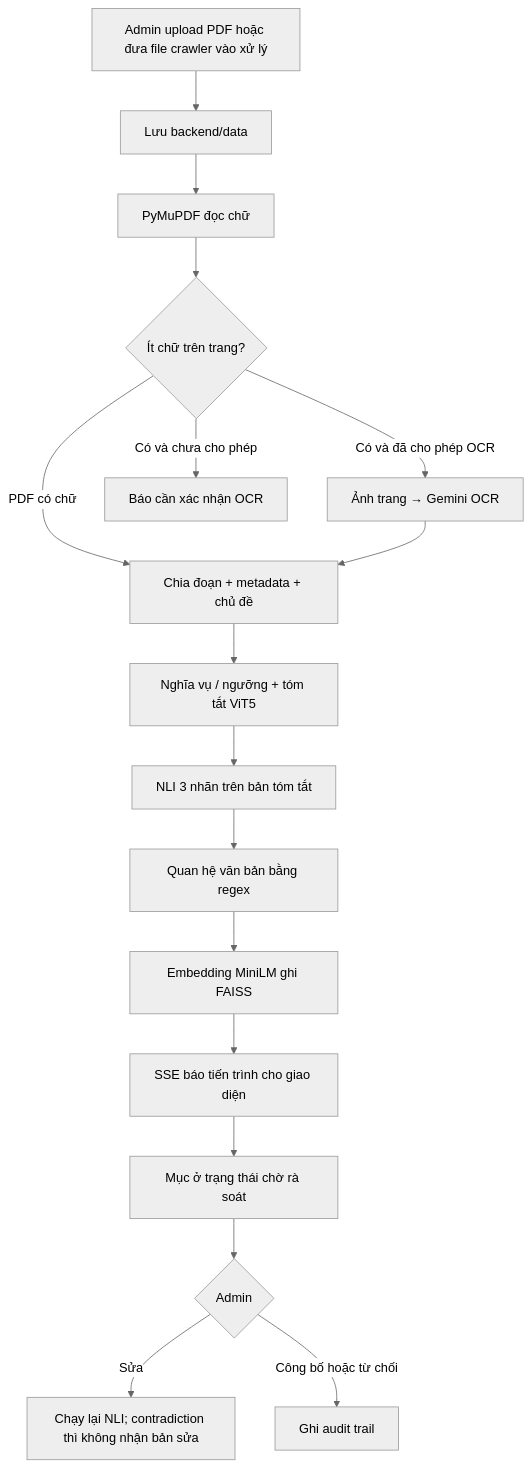
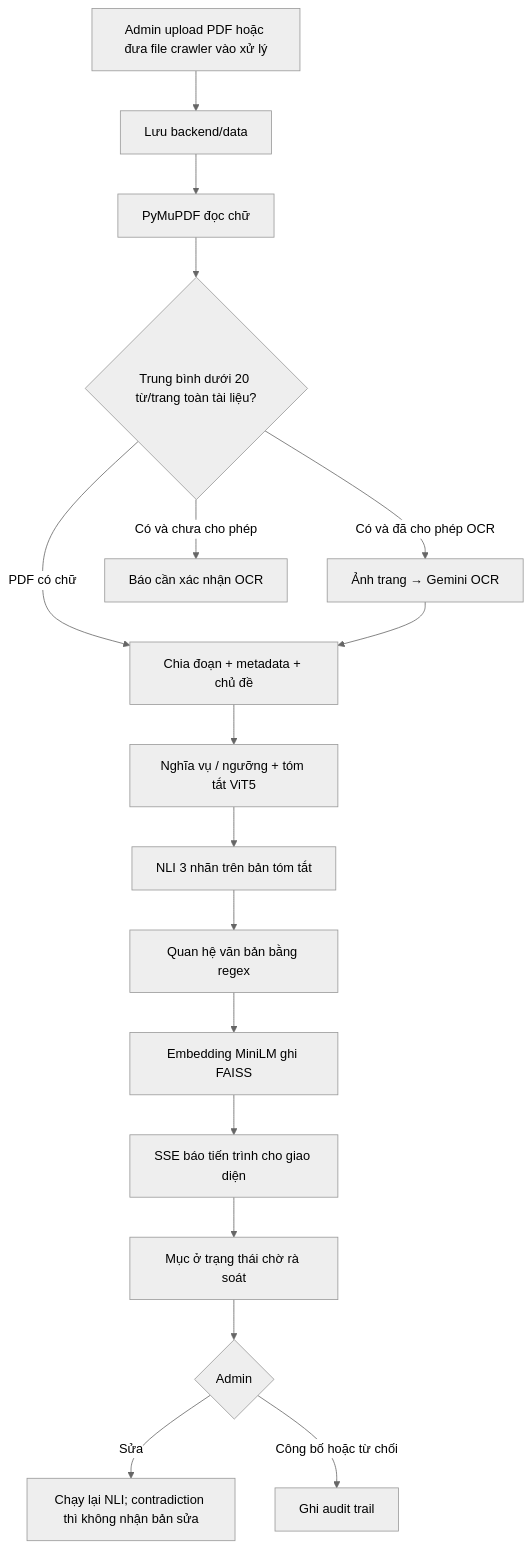
Before and after one commit to ChungCoTuan/AI_Second_Brain_DAU: the third of 3 diagrams in README.md, drawn with Mermaid (neutral theme). The commit also changed other lines of this file, not shown here.

````diff
--- a/README.md
+++ b/README.md
@@ -91,19 +91,19 @@
 ```mermaid
 flowchart TD
     A[Admin upload PDF hoặc đưa file crawler vào xử lý] --> B[Lưu backend/data]
     B --> C[PyMuPDF đọc chữ]
-    C --> D{Ít chữ trên trang?}
+    C --> D{Trung bình dưới 20 từ/trang toàn tài liệu?}
     D -->|Có và đã cho phép OCR| E[Ảnh trang → Gemini OCR]
     D -->|Có và chưa cho phép| X[Báo cần xác nhận OCR]
     D -->|PDF có chữ| F[Chia đoạn + metadata + chủ đề]
     E --> F
     F --> G[Nghĩa vụ / ngưỡng + tóm tắt ViT5]
     G --> H[NLI 3 nhãn trên bản tóm tắt]
     H --> I[Quan hệ văn bản bằng regex]
     I --> J[Embedding MiniLM ghi FAISS]
     J --> K[SSE báo tiến trình cho giao diện]
     K --> L[Mục ở trạng thái chờ rà soát]
     L --> M{Admin}
     M -->|Sửa| N[Chạy lại NLI; contradiction thì không nhận bản sửa]
     M -->|Công bố hoặc từ chối| O[Ghi audit trail]
 ```
````
